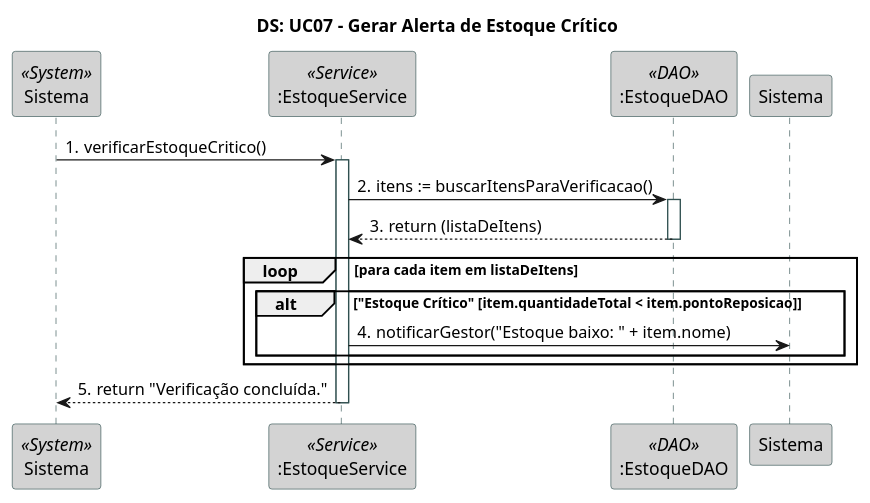
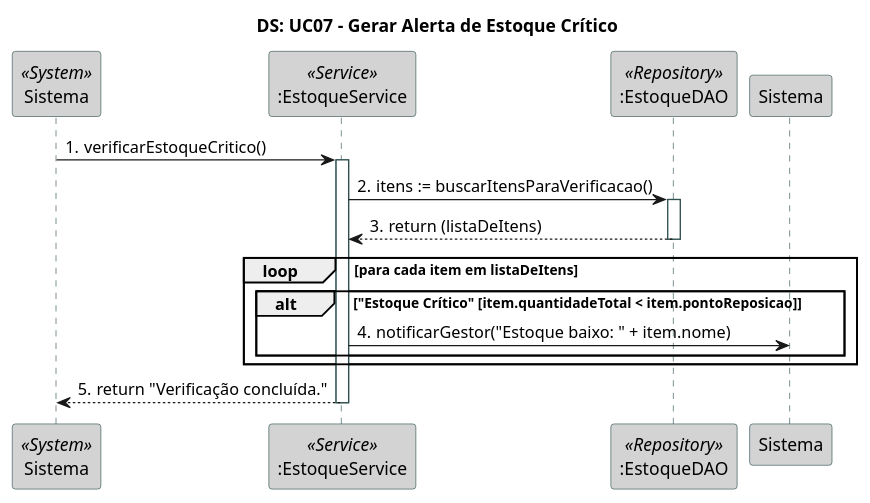
The seventh of 10 diagrams in docs/documentos-finais-definitivos/3.7_3.9_3.10_Modelagens/3.9. Modelagem de Interações/3.9. Modelagem de Interações.md (ps-es-2025-2/grupo4), drawn with PlantUML before and after one commit. The commit also changed other lines of this file and 29 other files, not shown here.

````diff
--- a/docs/documentos-finais-definitivos/3.7_3.9_3.10_Modelagens/3.9. Modelagem de Interações/3.9. Modelagem de Interações.md
+++ b/docs/documentos-finais-definitivos/3.7_3.9_3.10_Modelagens/3.9. Modelagem de Interações/3.9. Modelagem de Interações.md
@@ -539,55 +599,55 @@
 ```plantuml
 @startuml
 
 ' Diagrama de Sequência para UC07: Gerar Alerta de Estoque Crítico
 ' Baseado no Fluxo Básico. Ator é o Sistema.
 
 skinparam participant {
   BorderColor DarkSlateGray
   BackgroundColor LightGray
   ArrowColor Firebrick
 }
 
 skinparam sequence {
   LifeLineBorderColor DarkSlateGray
   ActorBorderColor Firebrick
 }
 
 title "DS: UC07 - Gerar Alerta de Estoque Crítico"
 
 ' O Ator é o Sistema, disparado por um gatilho (timer)
 participant Sistema as Actor <<System>>
 participant ":EstoqueService" as Service <<Service>>
-participant ":EstoqueDAO" as DAO <<DAO>>
+participant ":EstoqueDAO" as Repository <<Repository>>
 
 autonumber "0."
 
 ' Passo 1: O Sistema inicia a verificação
 ' (O UC05/UC06 pode chamar isso, ou um timer. Modelando o timer)
 Actor -> Service: verificarEstoqueCritico()
 activate Service
 
 ' Passo 2: O Sistema percorre todos os Itens ativos
-' (Assumindo um método no DAO que busca itens relevantes)
-Service -> DAO: itens := buscarItensParaVerificacao()
-activate DAO
-DAO --> Service: return (listaDeItens)
-deactivate DAO
+' (Assumindo um método no Repository que busca itens relevantes)
+Service -> Repository: itens := buscarItensParaVerificacao()
+activate Repository
+Repository --> Service: return (listaDeItens)
+deactivate Repository
 
 ' Bloco 'loop' para iterar sobre os itens
 loop para cada item em listaDeItens
   ' Passo 3 e 4: Compara quantidade e gera alerta
   alt "Estoque Crítico" [item.quantidadeTotal < item.pontoReposicao]
     ' Passo 5: O Sistema notifica o Gestor
     ' (Inferindo um serviço de notificação)
     Service -> Sistema: notificarGestor("Estoque baixo: " + item.nome)
   end
 end
 
 ' Passo 6: O caso de uso é encerrado
 Service --> Actor: return "Verificação concluída."
 
 deactivate Service
 
 @enduml
 ```
````
